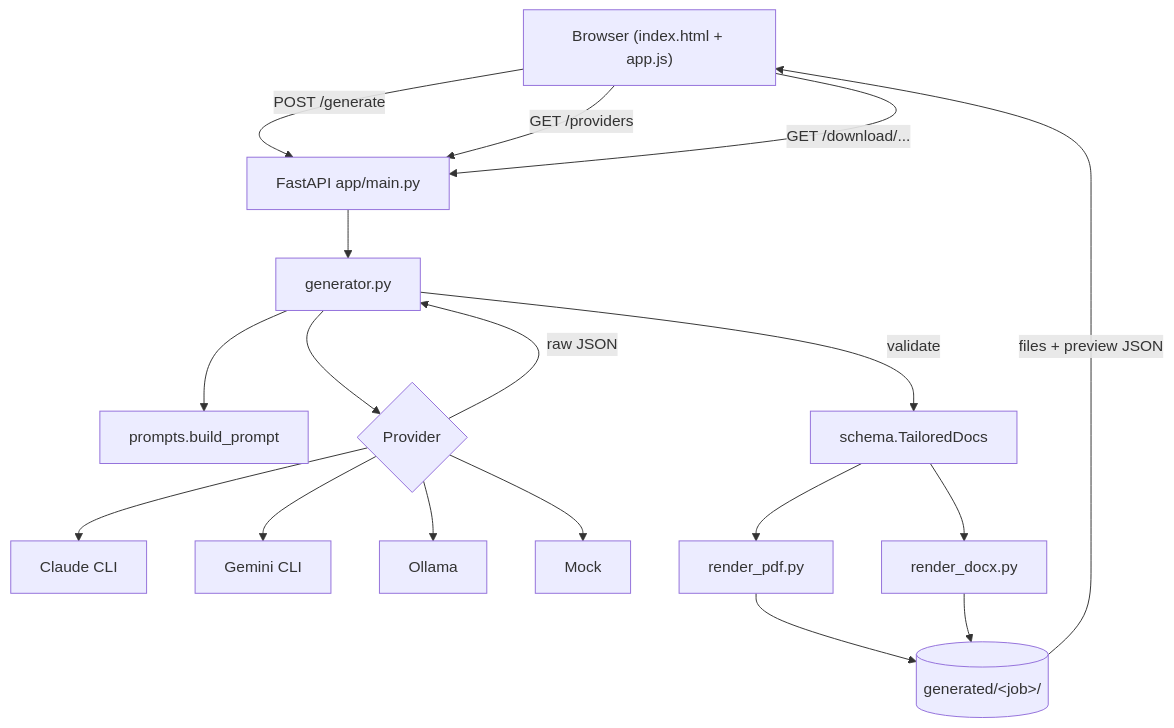
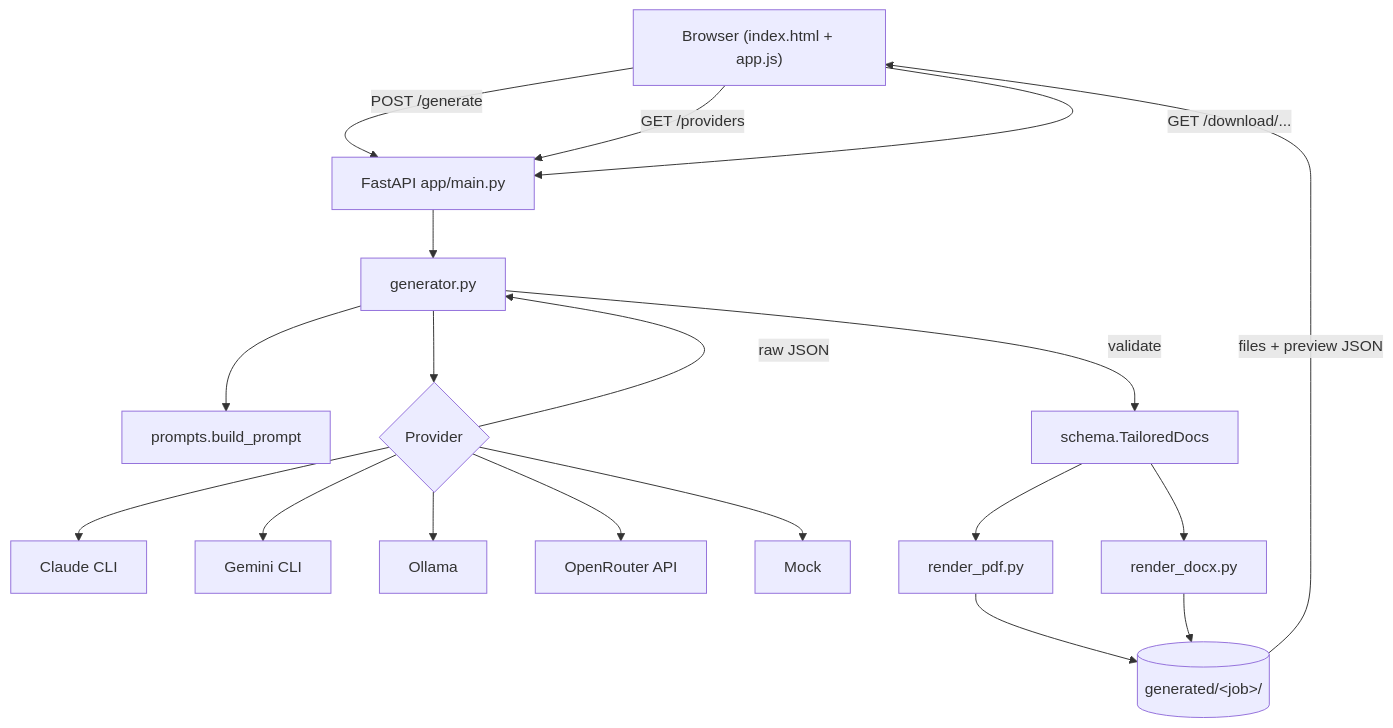
Before and after one commit to mahadevaiahrashmi/resume-tailor: the diagram in docs/ARCHITECTURE.md, drawn with Mermaid. The commit also changed other lines of this file and 18 other files, not shown here.

First line of the commit message:
Add OpenRouter engine and a per-engine model dropdown

````diff
--- a/docs/ARCHITECTURE.md
+++ b/docs/ARCHITECTURE.md
@@ -9,20 +9,21 @@
 ```mermaid
 flowchart TD
     B["Browser (index.html + app.js)"] -->|POST /generate| API[FastAPI app/main.py]
     B -->|GET /providers| API
     B -->|GET /download/...| API
     API --> G[generator.py]
     G --> P[prompts.build_prompt]
     G --> PR{Provider}
     PR --> CLA[Claude CLI]
     PR --> GEM[Gemini CLI]
     PR --> OLL[Ollama]
+    PR --> OR[OpenRouter API]
     PR --> MOCK[Mock]
     PR -->|raw JSON| G
     G -->|validate| SCH[schema.TailoredDocs]
     SCH --> RPDF[render_pdf.py]
     SCH --> RDOCX[render_docx.py]
     RPDF --> FS[(generated/&lt;job&gt;/)]
     RDOCX --> FS
     FS -->|files + preview JSON| B
 ```
````
